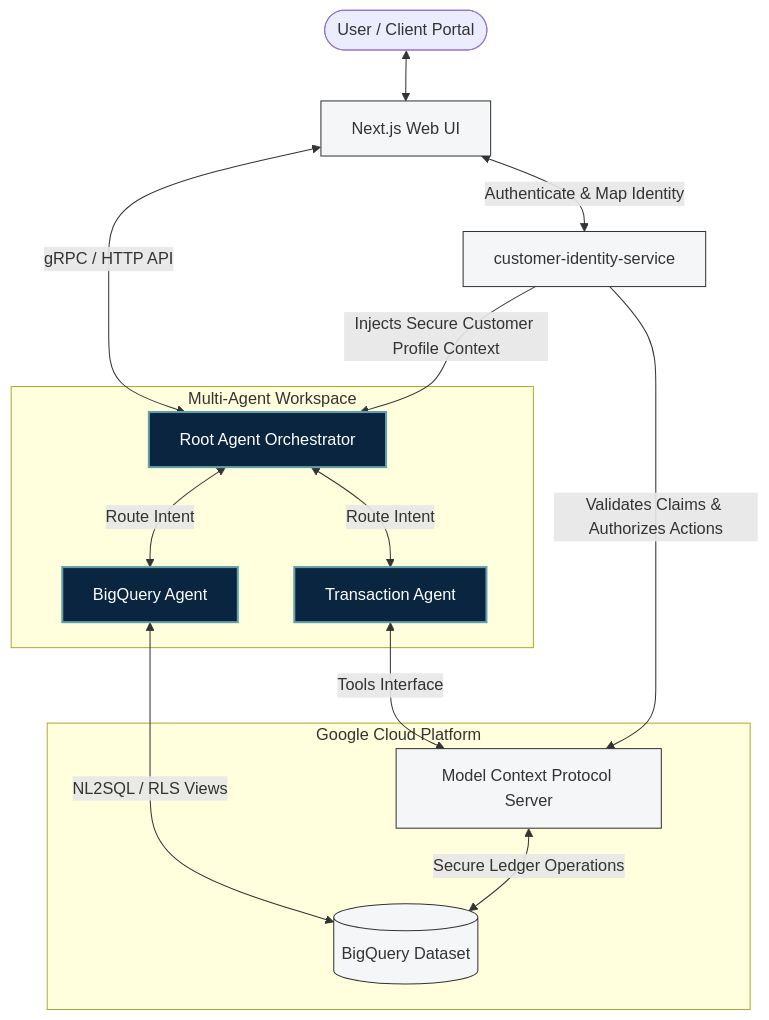
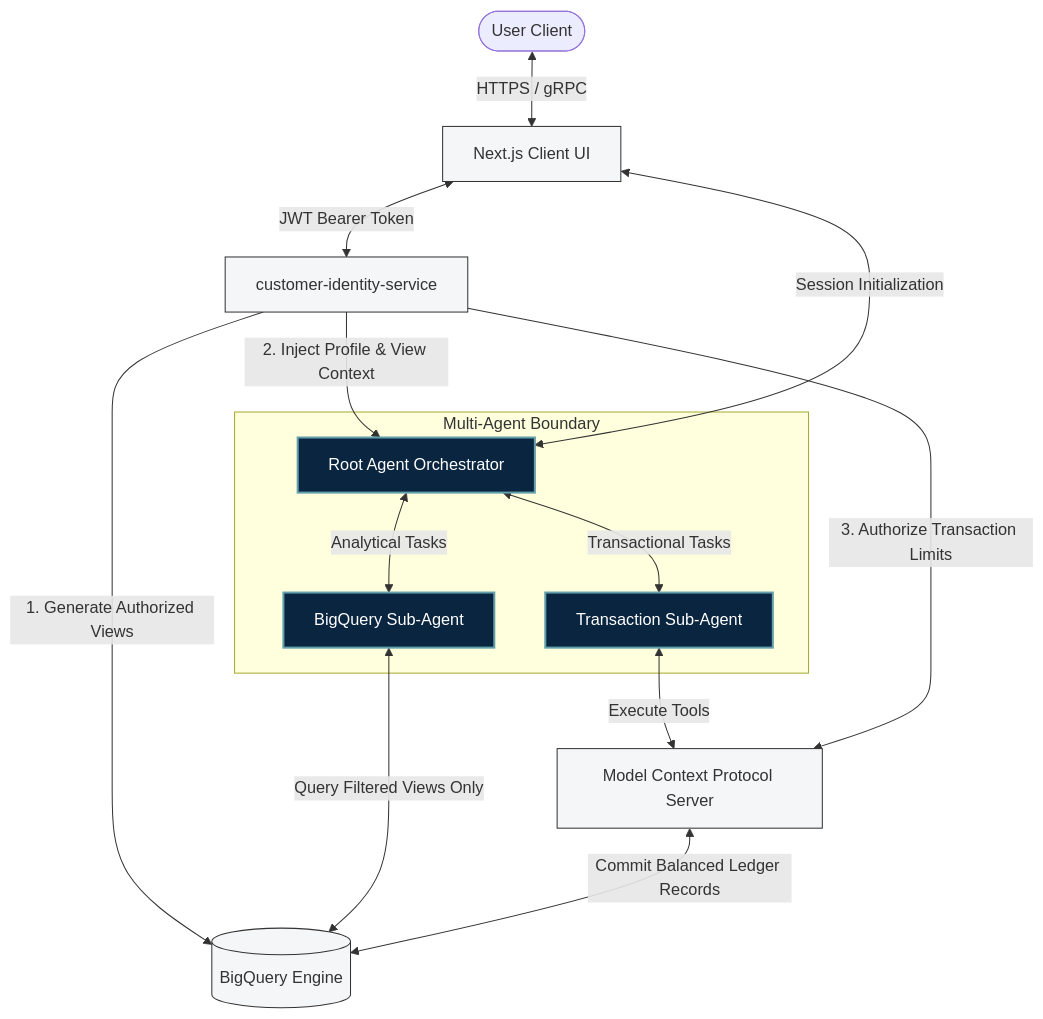
The first of 4 diagrams in README.md (souravmighty/banking-agent), drawn with Mermaid before and after one commit. The commit also changed other lines of this file and 11 other files, not shown here.

````diff
--- a/README.md
+++ b/README.md
@@ -13,26 +61,24 @@
 ```mermaid
 graph TD
-    User([User / Client Portal]) <--> NextJS[Next.js Web UI]
-    
-    NextJS <-->|gRPC / HTTP API| Root[Root Agent Orchestrator]
-    NextJS <-->|Authenticate & Map Identity| CIS[customer-identity-service]
+    User([User Client]) <-->|HTTPS / gRPC| NextJS[Next.js Client UI]
+    NextJS <-->|JWT Bearer Token| CIS[customer-identity-service]
+    NextJS <-->|Session Initialization| ADK[Root Agent Orchestrator]
 
-    CIS -->|Injects Secure Customer Profile Context| Root
-    CIS -->|Validates Claims & Authorizes Actions| MCP[Model Context Protocol Server]
-    
-    subgraph Multi-Agent Workspace [Multi-Agent Workspace]
-        Root <-->|Route Intent| BQAgent[BigQuery Agent]
-        Root <-->|Route Intent| TxAgent[Transaction Agent]
+    CIS -->|1. Generate Authorized Views| BQ[(BigQuery Engine)]
+    CIS -->|2. Inject Profile & View Context| ADK
+    CIS -->|3. Authorize Transaction Limits| MCP[Model Context Protocol Server]
+
+    subgraph Multi-Agent Boundary [Multi-Agent Boundary]
+        ADK <-->|Analytical Tasks| BQA[BigQuery Sub-Agent]
+        ADK <-->|Transactional Tasks| TxA[Transaction Sub-Agent]
     end
 
-    subgraph Data Platform [Google Cloud Platform]
-        BQAgent <-->|NL2SQL / RLS Views| BQ[(BigQuery Dataset)]
-        TxAgent <-->|Tools Interface| MCP
-        MCP <-->|Secure Ledger Operations| BQ
-    end
+    BQA <-->|Query Filtered Views Only| BQ
+    TxA <-->|Execute Tools| MCP
+    MCP <-->|Commit Balanced Ledger Records| BQ
 
     classDef agent fill:#0A2540,stroke:#639FAB,stroke-width:2px,color:#fff;
     classDef infra fill:#f4f6f8,stroke:#333,stroke-width:1px;
-    class Root,BQAgent,TxAgent agent;
+    class ADK,BQA,TxA agent;
     class BQ,MCP,NextJS,CIS infra;
 ```
````
